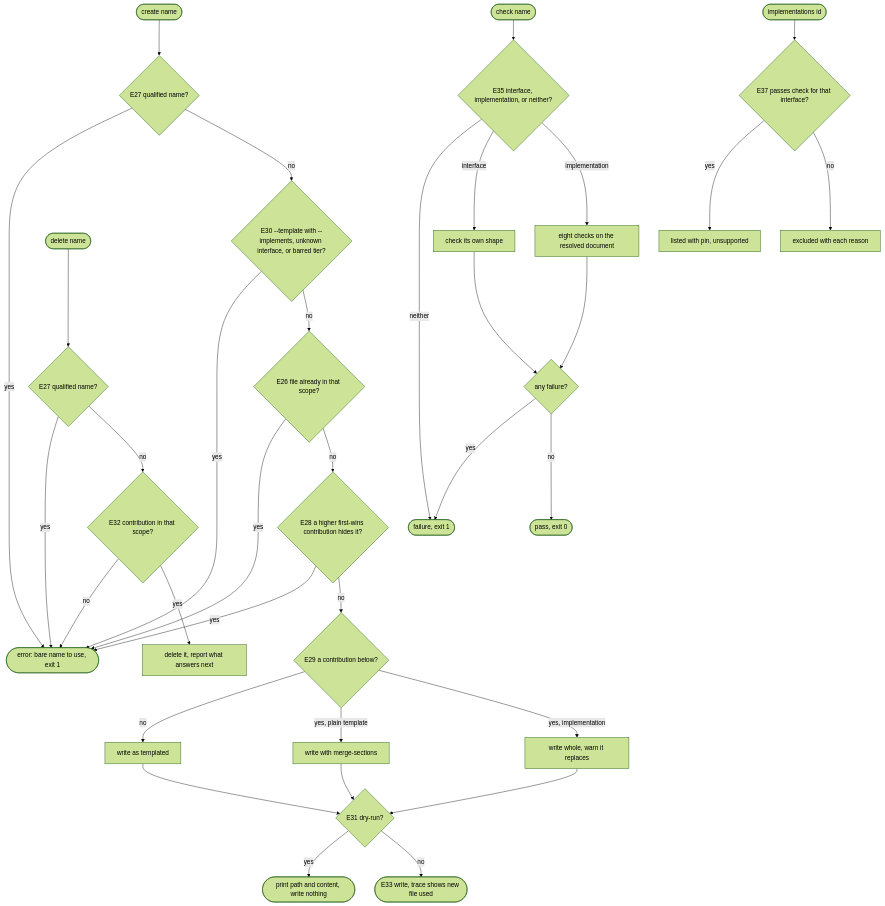
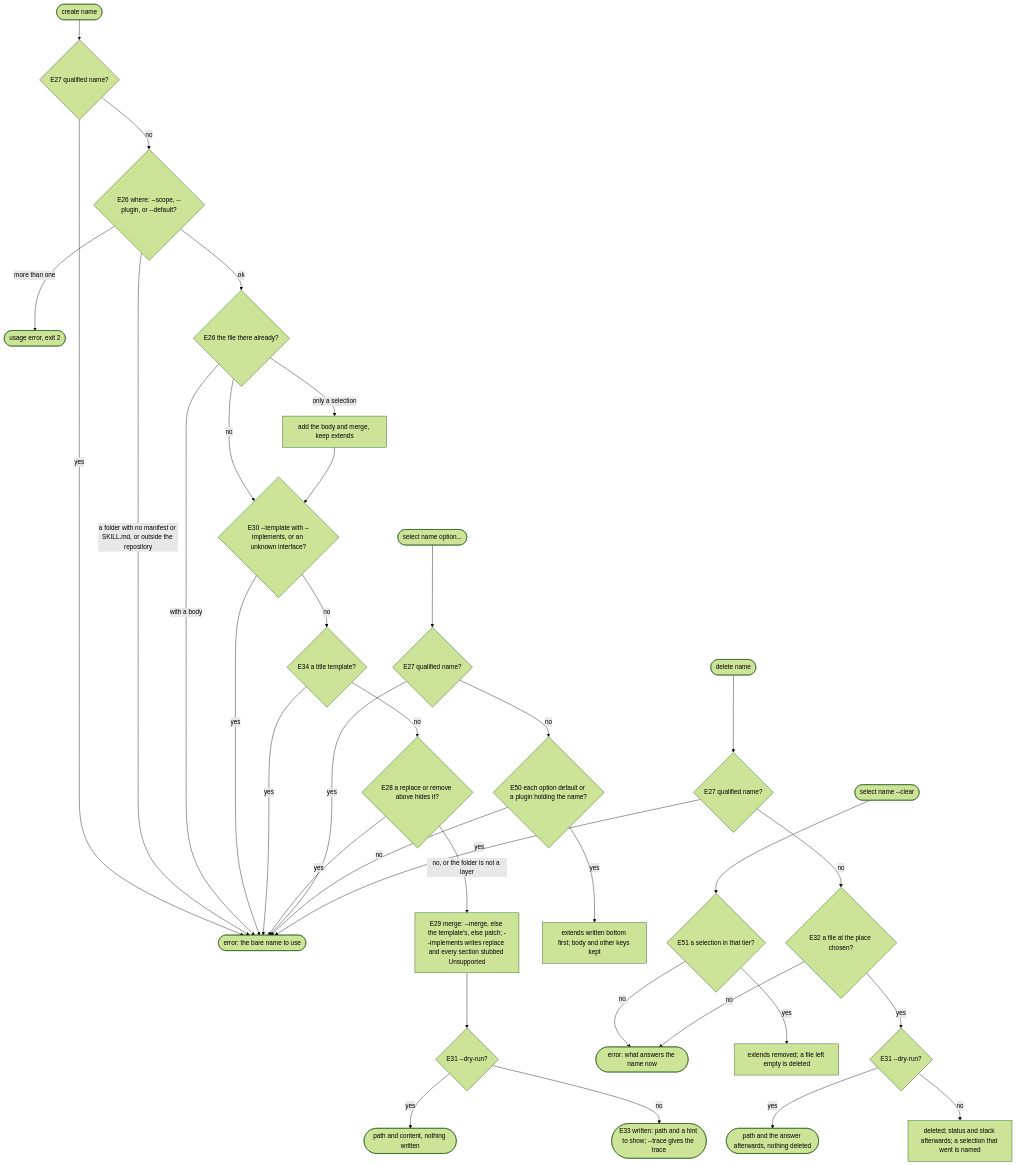
The second of 3 diagrams in packages/agent-kit/.agents/spec/reference/graph.md (cyber-uni/cyber-agentkit), drawn with Mermaid (forest theme) before and after one commit. The commit also changed other lines of this file, not shown here.

First line of the commit message:
docs: rewrite the reference spec's decision graph

````diff
--- a/packages/agent-kit/.agents/spec/reference/graph.md
+++ b/packages/agent-kit/.agents/spec/reference/graph.md
@@ -55,36 +99,37 @@
 ```mermaid
 flowchart TD
-  c([create name]) --> q{E27 qualified name?}
-  q -->|yes| e1([error: bare name to use, exit 1])
-  q -->|no| both{E30 --template with --implements, unknown interface, or barred tier?}
-  both -->|yes| e1
-  both -->|no| exists{E26 file already in that scope?}
-  exists -->|yes| e1
-  exists -->|no| hidden{E28 a higher first-wins contribution hides it?}
+  c([create name]) --> q{"E27 qualified name?"}
+  q -->|yes| e1(["error: the bare name to use"])
+  q -->|no| where{"E26 where: --scope, --plugin, or --default?"}
+  where -->|"more than one"| e2([usage error, exit 2])
+  where -->|"a folder with no manifest or SKILL.md, or outside the repository"| e1
+  where -->|ok| exists{"E26 the file there already?"}
+  exists -->|"with a body"| e1
+  exists -->|"only a selection"| keep[add the body and merge, keep extends]
+  exists -->|no| conflict{"E30 --template with --implements, or an unknown interface?"}
+  keep --> conflict
+  conflict -->|yes| e1
+  conflict -->|no| title{"E34 a title template?"}
+  title -->|yes| e1
+  title -->|no| hidden{"E28 a replace or remove above hides it?"}
   hidden -->|yes| e1
-  hidden -->|no| below{E29 a contribution below?}
-  below -->|no| w[write as templated]
-  below -->|yes, plain template| ms[write with merge-sections]
-  below -->|yes, implementation| whole[write whole, warn it replaces]
-  w --> dry{E31 dry-run?}
-  ms --> dry
-  whole --> dry
-  dry -->|yes| print([print path and content, write nothing])
-  dry -->|no| wrote([E33 write, trace shows new file used])
-  d([delete name]) --> dq{E27 qualified name?}
+  hidden -->|"no, or the folder is not a layer"| mode["E29 merge: --merge, else the template's, else patch; --implements writes replace and every section stubbed Unsupported"]
+  mode --> dry{"E31 --dry-run?"}
+  dry -->|yes| print([path and content, nothing written])
+  dry -->|no| wrote(["E33 written: path and a hint to show; --trace gives the trace"])
+  s([select name option...]) --> sq{"E27 qualified name?"}
+  sq -->|yes| e1
+  sq -->|no| opt{"E50 each option default or a plugin holding the name?"}
+  opt -->|no| e1
+  opt -->|yes| sel["extends written bottom first; body and other keys kept"]
+  clear([select name --clear]) --> has{"E51 a selection in that tier?"}
+  has -->|no| e3(["error: what answers the name now"])
+  has -->|yes| unsel["extends removed; a file left empty is deleted"]
+  d([delete name]) --> dq{"E27 qualified name?"}
   dq -->|yes| e1
-  dq -->|no| has{E32 contribution in that scope?}
-  has -->|no| e1
-  has -->|yes| rm[delete it, report what answers next]
-  k([check name]) --> kind{E35 interface, implementation, or neither?}
-  kind -->|neither| kf([failure, exit 1])
-  kind -->|interface| shape[check its own shape]
-  kind -->|implementation| eight[eight checks on the resolved document]
-  shape --> kout{any failure?}
-  eight --> kout
-  kout -->|yes| kf
-  kout -->|no| kp([pass, exit 0])
-  i([implementations id]) --> pass{E37 passes check for that interface?}
-  pass -->|yes| listed[listed with pin, unsupported]
-  pass -->|no| excl[excluded with each reason]
+  dq -->|no| there{"E32 a file at the place chosen?"}
+  there -->|no| e3
+  there -->|yes| ddry{"E31 --dry-run?"}
+  ddry -->|yes| dprint([path and the answer afterwards, nothing deleted])
+  ddry -->|no| rm["deleted; status and stack afterwards; a selection that went is named"]
 ```
````
